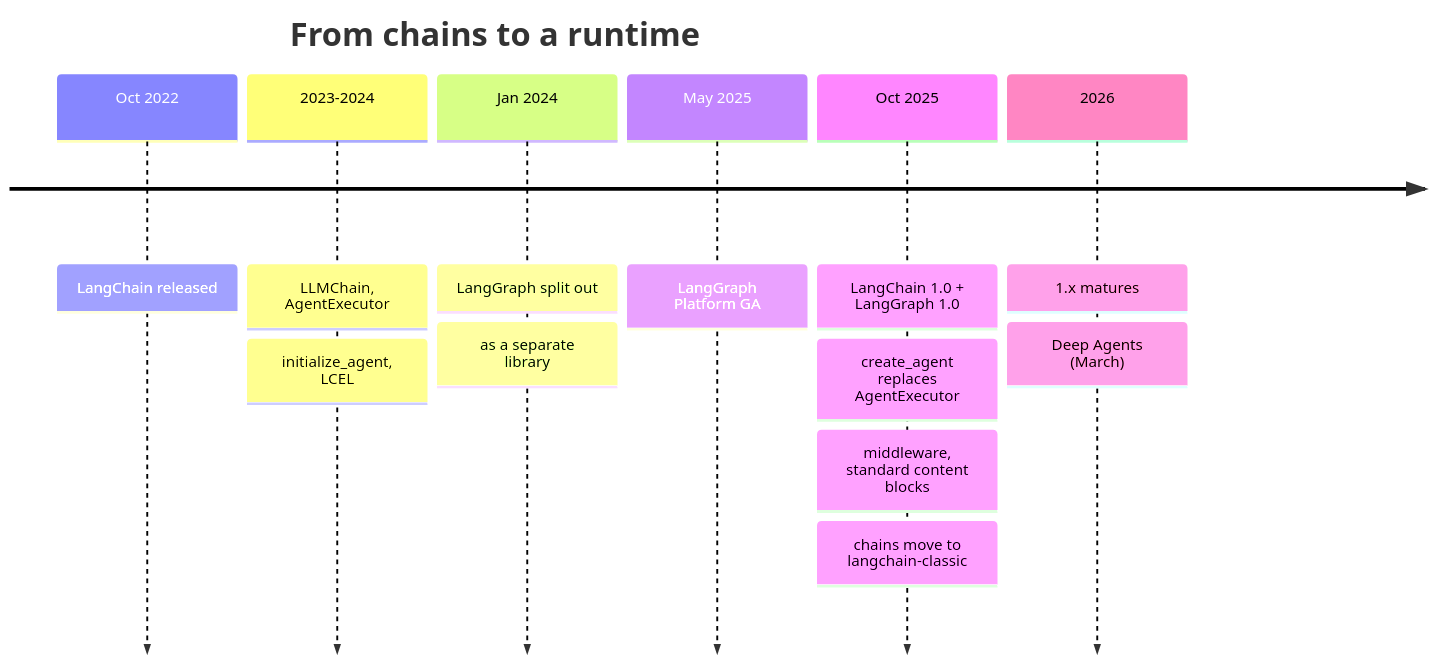
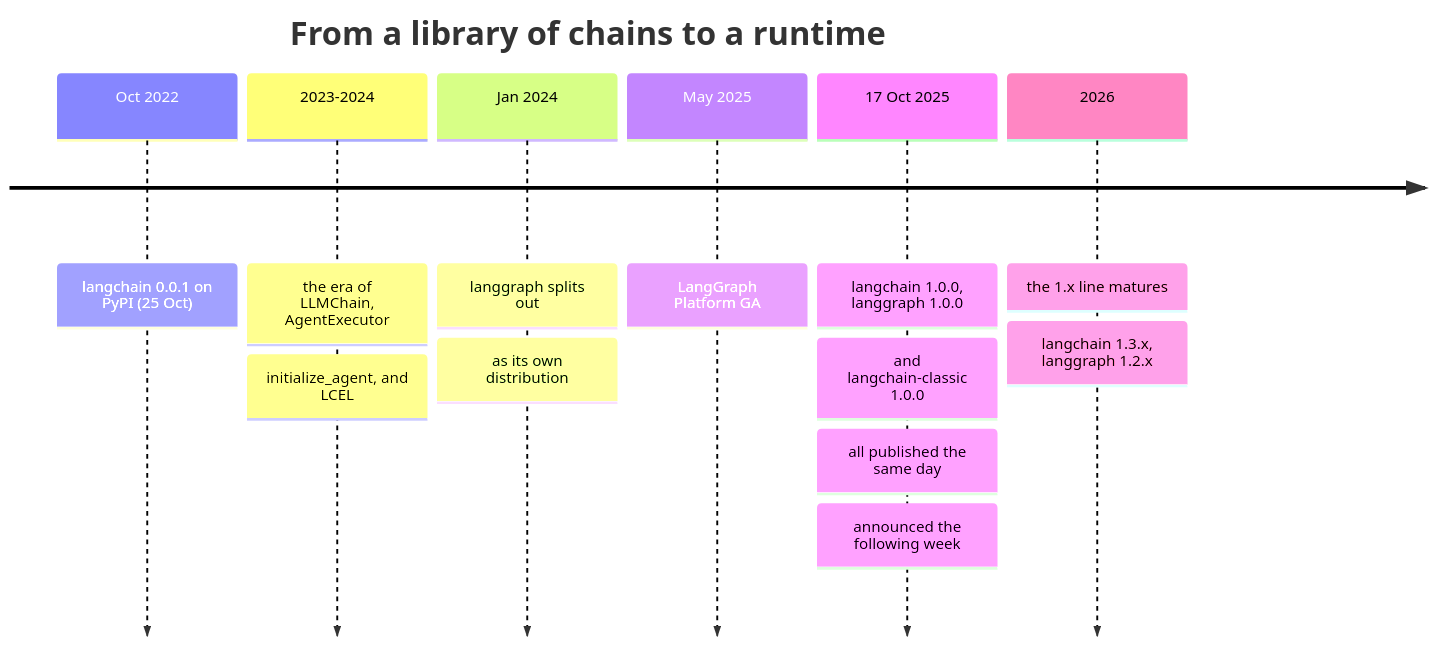
Before and after one commit to konradcinkusz/llm-book: the diagram in figures/mermaid/lc-timeline.mmd, drawn with Mermaid. The commit also changed 9 other files, not shown here.

```diff
--- a/figures/mermaid/lc-timeline.mmd
+++ b/figures/mermaid/lc-timeline.mmd
@@ -1,14 +1,14 @@
 timeline
-  title From chains to a runtime
-  Oct 2022 : LangChain released
-  2023-2024 : LLMChain, AgentExecutor
-            : initialize_agent, LCEL
-  Jan 2024  : LangGraph split out
-            : as a separate library
+  title From a library of chains to a runtime
+  Oct 2022 : langchain 0.0.1 on PyPI (25 Oct)
+  2023-2024 : the era of LLMChain, AgentExecutor
+            : initialize_agent, and LCEL
+  Jan 2024  : langgraph splits out
+            : as its own distribution
   May 2025  : LangGraph Platform GA
-  Oct 2025  : LangChain 1.0 + LangGraph 1.0
-            : create_agent replaces AgentExecutor
-            : middleware, standard content blocks
-            : chains move to langchain-classic
-  2026      : 1.x matures
-            : Deep Agents (March)
+  17 Oct 2025 : langchain 1.0.0, langgraph 1.0.0
+              : and langchain-classic 1.0.0
+              : all published the same day
+              : announced the following week
+  2026      : the 1.x line matures
+            : langchain 1.3.x, langgraph 1.2.x
```
